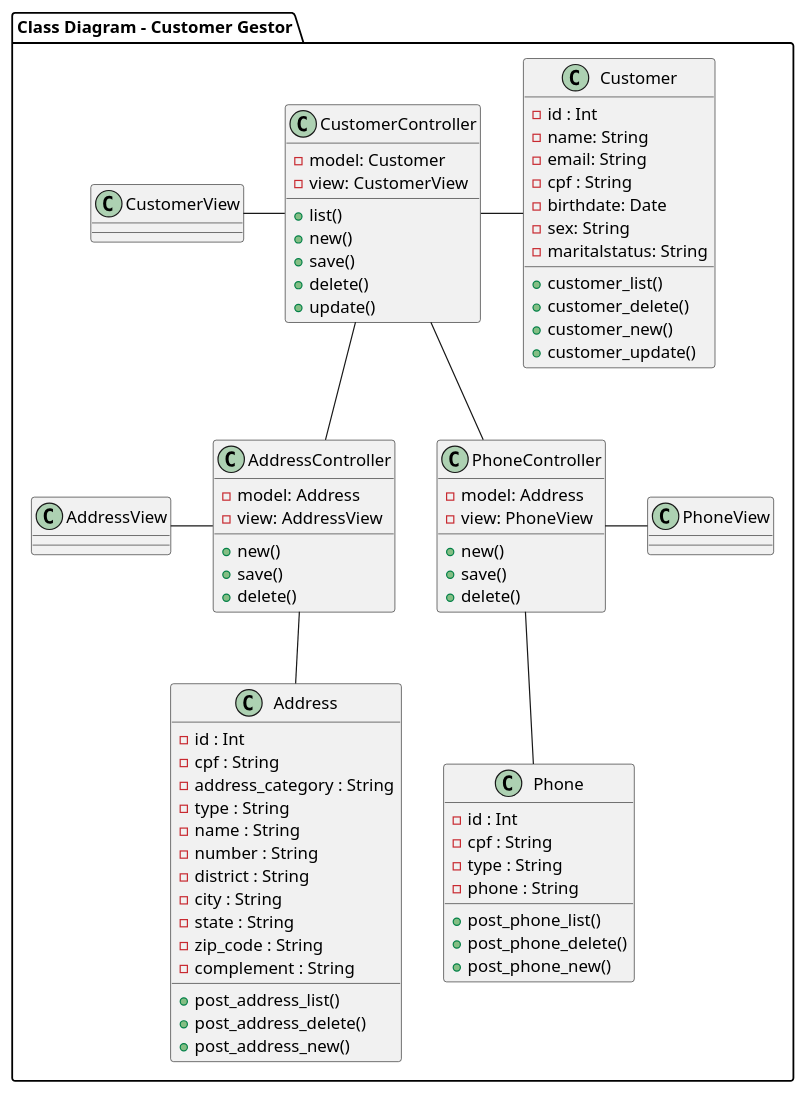
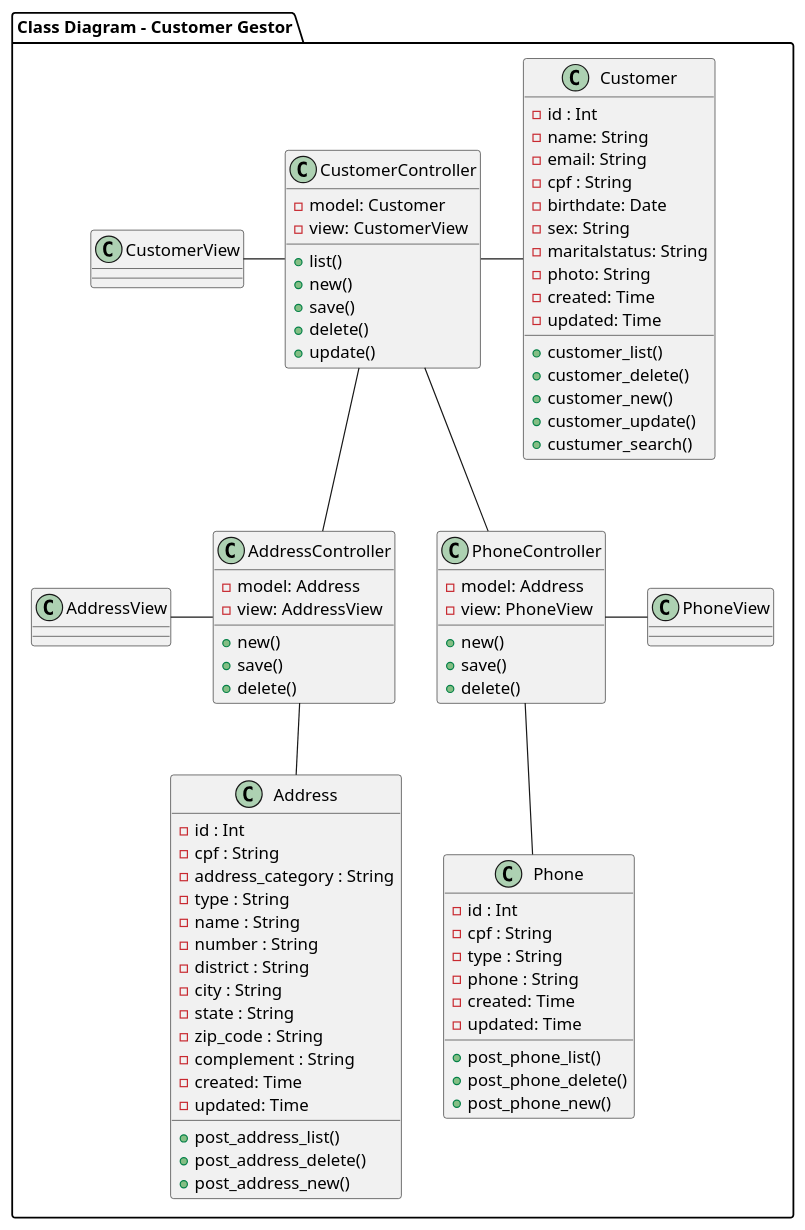
Before and after one commit to douglascarlos-dev/Clientes-Gestor: the diagram in modelagem/diagrama_de_classe.plantuml, drawn with PlantUML. The commit also changed 2 other files, not shown here.

Commit message:
:book: Atualizado diagrama de classe e README

```diff
--- a/modelagem/diagrama_de_classe.plantuml
+++ b/modelagem/diagrama_de_classe.plantuml
@@ -1,86 +1,94 @@
 @startuml Class Diagram
 
 package "Class Diagram - Customer Gestor" {
 
 CustomerController -left- CustomerView
 CustomerController -right- Customer
 CustomerController -- AddressController
 CustomerController -- PhoneController
 
 AddressController -left- AddressView
 AddressController -- Address
 
 PhoneController -right- PhoneView
 PhoneController -- Phone
 
 class CustomerController {
     -model: Customer
     -view: CustomerView
     +list()
     +new()
     +save()
     +delete()
     +update()
 }
 
 class Customer {
     -id : Int
     -name: String
     -email: String
     -cpf : String
     -birthdate: Date
     -sex: String
     -maritalstatus: String
+    -photo: String
+    -created: Time
+    -updated: Time
     +customer_list()
     +customer_delete()
     +customer_new()
     +customer_update()
+    +custumer_search()
 }
 
 class AddressController {
     -model: Address
     -view: AddressView
     +new()
     +save()
     +delete()
 }
 
 class PhoneController {
     -model: Address
     -view: PhoneView
     +new()
     +save()
     +delete()
 }
 
 class Address {
     -id : Int
     -cpf : String
     -address_category : String
     -type : String
     -name : String
     -number : String
     -district : String
     -city : String
     -state : String
     -zip_code : String
     -complement : String
+    -created: Time
+    -updated: Time
     +post_address_list()
     +post_address_delete()
     +post_address_new()
 }
 
 class Phone {
     -id : Int
     -cpf : String
     -type : String
     -phone : String
+    -created: Time
+    -updated: Time
     +post_phone_list()
     +post_phone_delete()
     +post_phone_new()
 }
 
 class AddressView {
 }
 
 @enduml
```
